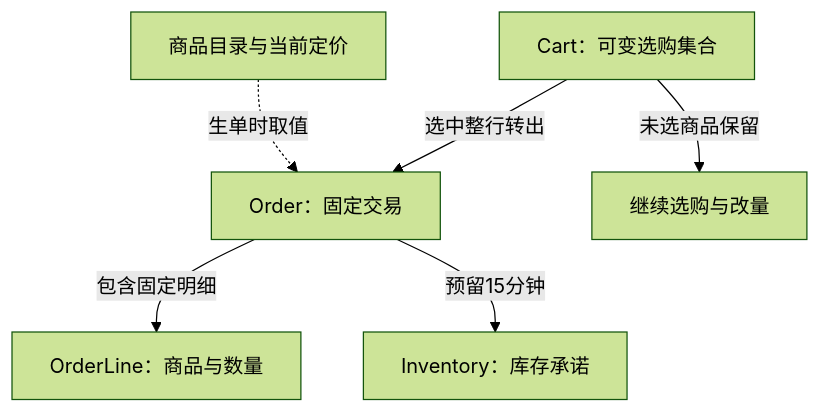
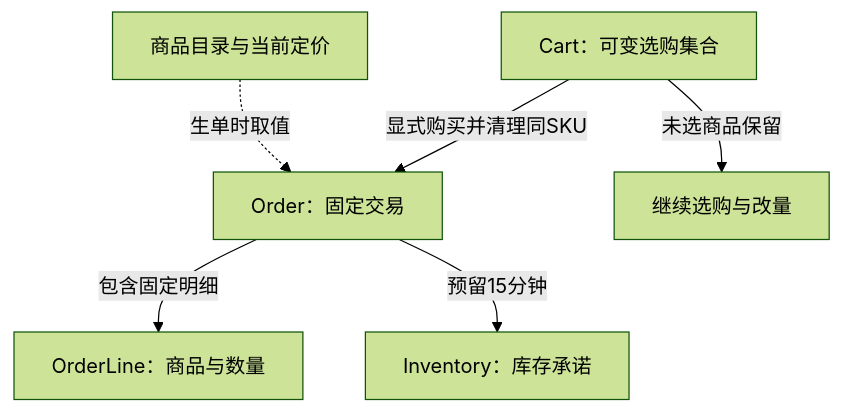
The first of 3 diagrams in docs/engineering/CHECKOUT_CORE.md (linshuohao/agent-ready-store), drawn with Mermaid (forest theme) before and after one commit. The commit also changed other lines of this file and 64 other files, not shown here.

````diff
--- a/docs/engineering/CHECKOUT_CORE.md
+++ b/docs/engineering/CHECKOUT_CORE.md
@@ -9,8 +11,8 @@
 ```mermaid
 flowchart TB
     P[商品目录与当前定价] -. 生单时取值 .-> O
-    C[Cart：可变选购集合] -->|选中整行转出| O[Order：固定交易]
+    C[Cart：可变选购集合] -->|显式购买并清理同SKU| O[Order：固定交易]
     C -->|未选商品保留| R[继续选购与改量]
     O -->|包含固定明细| L[OrderLine：商品与数量]
     O -->|预留15分钟| I[Inventory：库存承诺]
 ```
````
